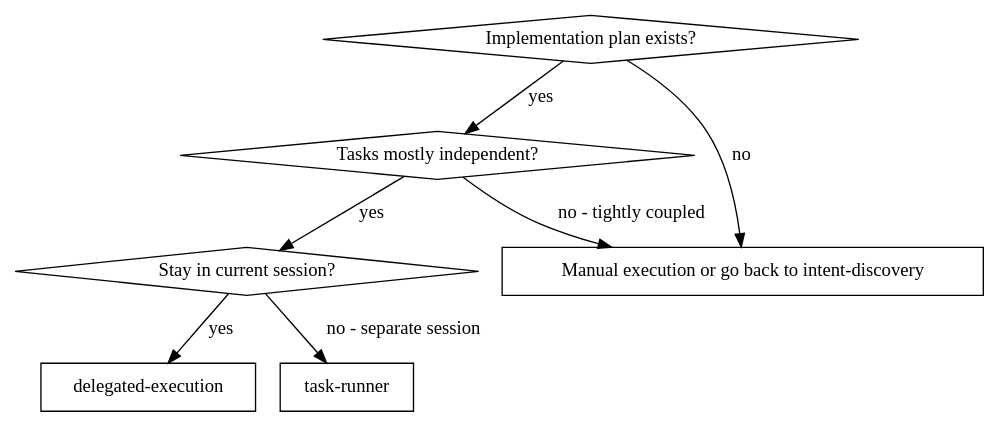
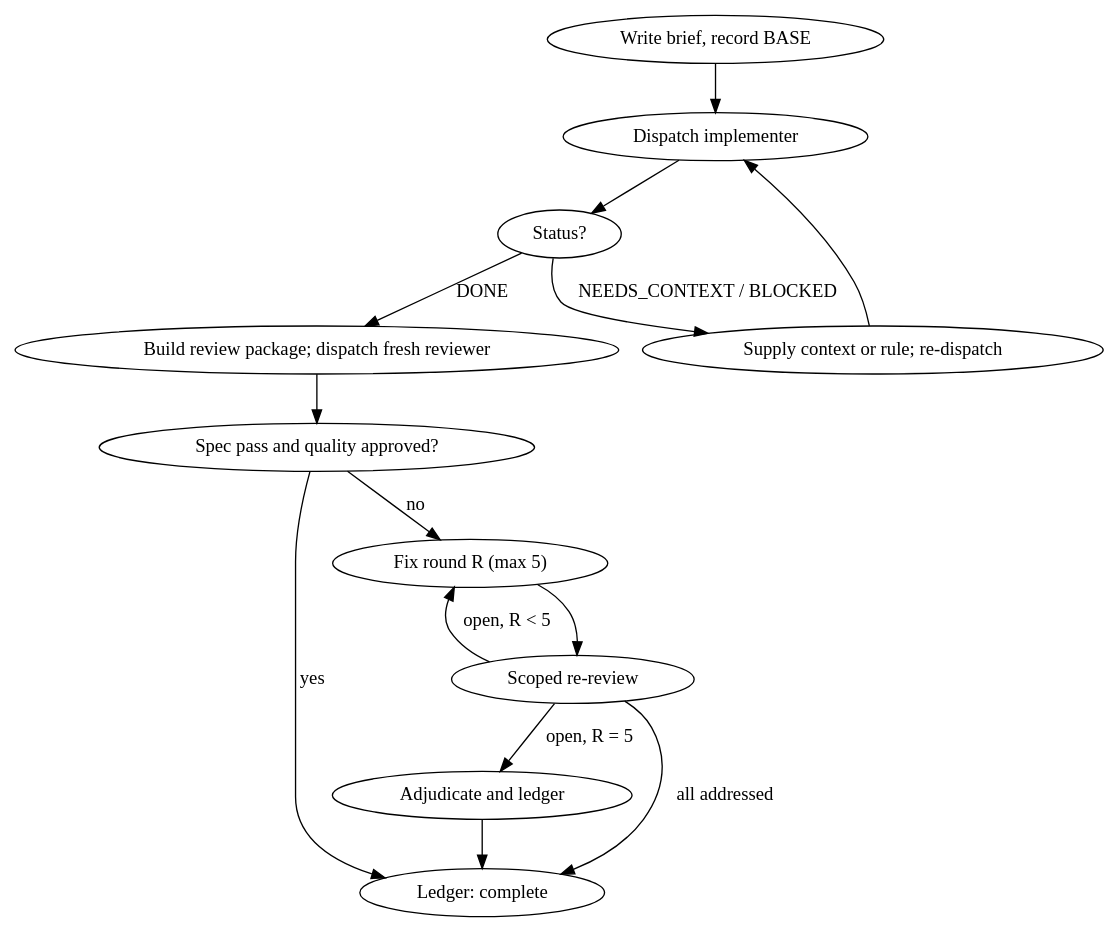
The diagram in skills/delegated-execution/SKILL.md (NoobyGains/godmode), drawn with Graphviz before and after one commit. The commit also changed other lines of this file and 19 other files, not shown here.

Commit message:
docs: README rewritten as the landing page; CHANGELOG for 2.0.0; star-history charts

````diff
--- a/skills/delegated-execution/SKILL.md
+++ b/skills/delegated-execution/SKILL.md
@@ -14,17 +70,17 @@
 ```dot
-digraph applicability {
-    "Implementation plan exists?" [shape=diamond];
-    "Tasks mostly independent?" [shape=diamond];
-    "Stay in current session?" [shape=diamond];
-    "delegated-execution" [shape=box];
-    "task-runner" [shape=box];
-    "Manual execution or go back to intent-discovery" [shape=box];
-
-    "Implementation plan exists?" -> "Tasks mostly independent?" [label="yes"];
-    "Implementation plan exists?" -> "Manual execution or go back to intent-discovery" [label="no"];
-    "Tasks mostly independent?" -> "Stay in current session?" [label="yes"];
-    "Tasks mostly independent?" -> "Manual execution or go back to intent-discovery" [label="no - tightly coupled"];
-    "Stay in current session?" -> "delegated-execution" [label="yes"];
-    "Stay in current session?" -> "task-runner" [label="no - separate session"];
+digraph task_loop {
+    "Write brief, record BASE" -> "Dispatch implementer";
+    "Dispatch implementer" -> "Status?";
+    "Status?" -> "Supply context or rule; re-dispatch" [label="NEEDS_CONTEXT / BLOCKED"];
+    "Supply context or rule; re-dispatch" -> "Dispatch implementer";
+    "Status?" -> "Build review package; dispatch fresh reviewer" [label="DONE"];
+    "Build review package; dispatch fresh reviewer" -> "Spec pass and quality approved?";
+    "Spec pass and quality approved?" -> "Ledger: complete" [label="yes"];
+    "Spec pass and quality approved?" -> "Fix round R (max 5)" [label="no"];
+    "Fix round R (max 5)" -> "Scoped re-review";
+    "Scoped re-review" -> "Ledger: complete" [label="all addressed"];
+    "Scoped re-review" -> "Fix round R (max 5)" [label="open, R < 5"];
+    "Scoped re-review" -> "Adjudicate and ledger" [label="open, R = 5"];
+    "Adjudicate and ledger" -> "Ledger: complete";
 }
 ```
````
